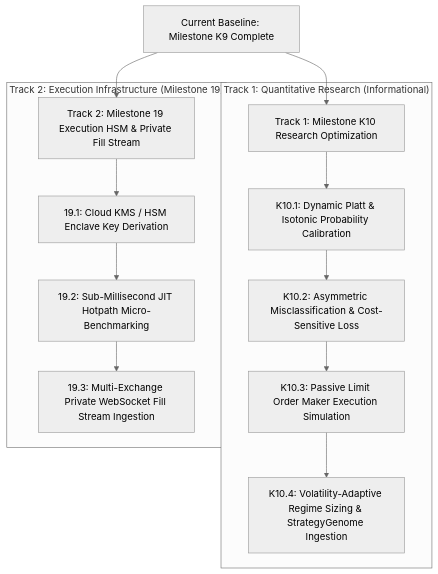
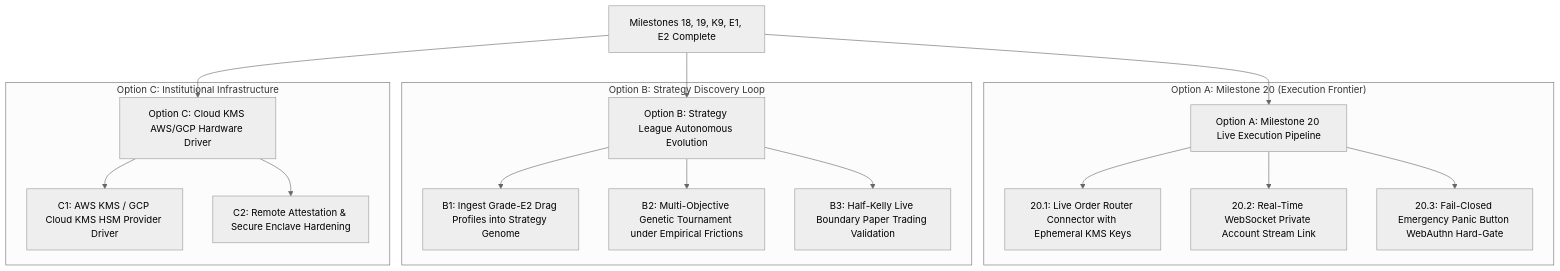
One commit to cloudshome/CBT changed the diagram in Users/azims/CBT/docs/NEXT_SESSION_PLAN.md. Above: the diagram before and after it, drawn with Mermaid (neutral theme). The commit also changed other lines of this file and 7 other files, not shown here.

Commit message:
feat(m19): implement KMS enclave, WS fill stream, strategy reality bridge, and JIT benchmarks (21 passing tests)

````diff
--- a/Users/azims/CBT/docs/NEXT_SESSION_PLAN.md
+++ b/Users/azims/CBT/docs/NEXT_SESSION_PLAN.md
@@ -53,18 +55,23 @@
 ```mermaid
-graph TD
-    A[Current Baseline: Milestone K9 Complete] --> B[Track 1: Milestone K10 Research Optimization]
-    A --> C[Track 2: Milestone 19 Execution HSM & Private Fill Stream]
-    
-    subgraph "Track 1: Quantitative Research (Informational)"
-        B --> B1[K10.1: Dynamic Platt & Isotonic Probability Calibration]
-        B1 --> B2[K10.2: Asymmetric Misclassification & Cost-Sensitive Loss]
-        B2 --> B3[K10.3: Passive Limit Order Maker Execution Simulation]
-        B3 --> B4[K10.4: Volatility-Adaptive Regime Sizing & StrategyGenome Ingestion]
+flowchart TD
+    A[Milestones 18, 19, K9, E1, E2 Complete] --> B[Option A: Milestone 20 Live Execution Pipeline]
+    A --> C[Option B: Strategy League Autonomous Evolution]
+    A --> D[Option C: Cloud KMS AWS/GCP Hardware Driver]
+
+    subgraph "Option A: Milestone 20 (Execution Frontier)"
+        B --> B1[20.1: Live Order Router Connector with Ephemeral KMS Keys]
+        B --> B2[20.2: Real-Time WebSocket Private Account Stream Link]
+        B --> B3[20.3: Fail-Closed Emergency Panic Button WebAuthn Hard-Gate]
     end
-    
-    subgraph "Track 2: Execution Infrastructure (Milestone 19)"
-        C --> C1[19.1: Cloud KMS / HSM Enclave Key Derivation]
-        C1 --> C2[19.2: Sub-Millisecond JIT Hotpath Micro-Benchmarking]
-        C2 --> C3[19.3: Multi-Exchange Private WebSocket Fill Stream Ingestion]
+
+    subgraph "Option B: Strategy Discovery Loop"
+        C --> C1[B1: Ingest Grade-E2 Drag Profiles into Strategy Genome]
+        C --> C2[B2: Multi-Objective Genetic Tournament under Empirical Frictions]
+        C --> C3[B3: Half-Kelly Live Boundary Paper Trading Validation]
+    end
+
+    subgraph "Option C: Institutional Infrastructure"
+        D --> D1[C1: AWS KMS / GCP Cloud KMS HSM Provider Driver]
+        D --> D2[C2: Remote Attestation & Secure Enclave Hardening]
     end
 ```
````
